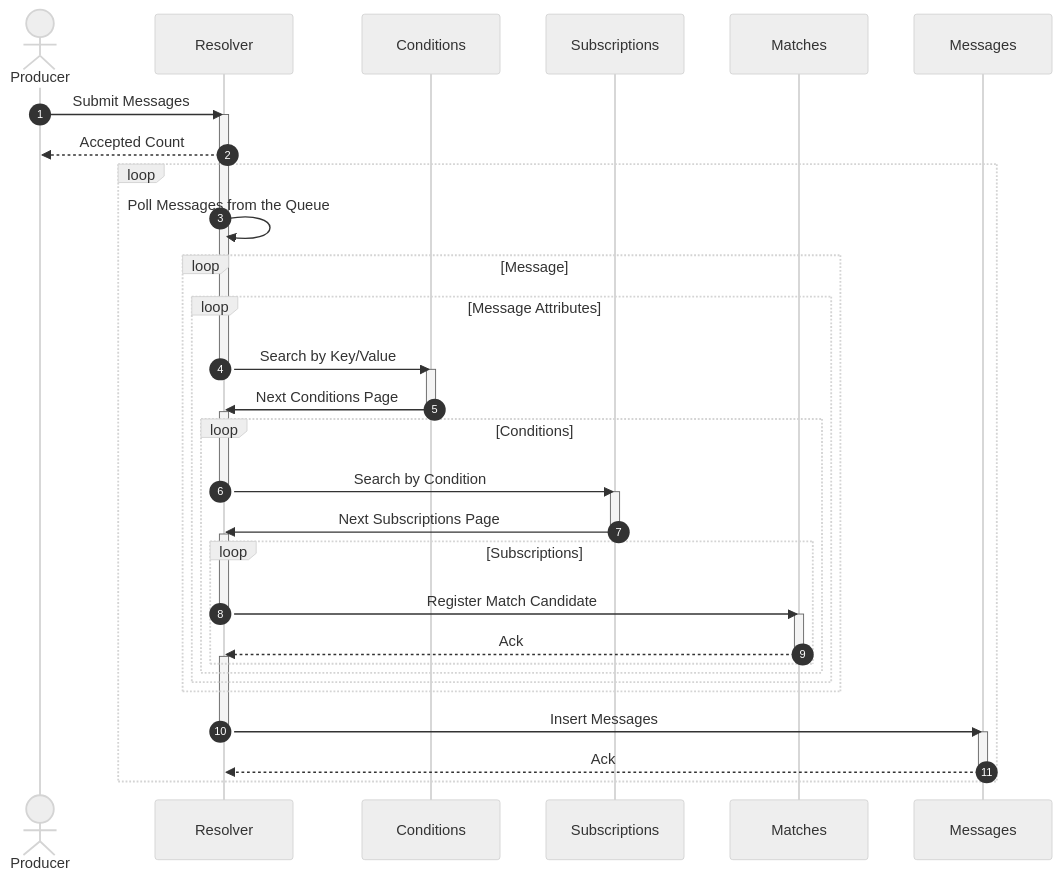
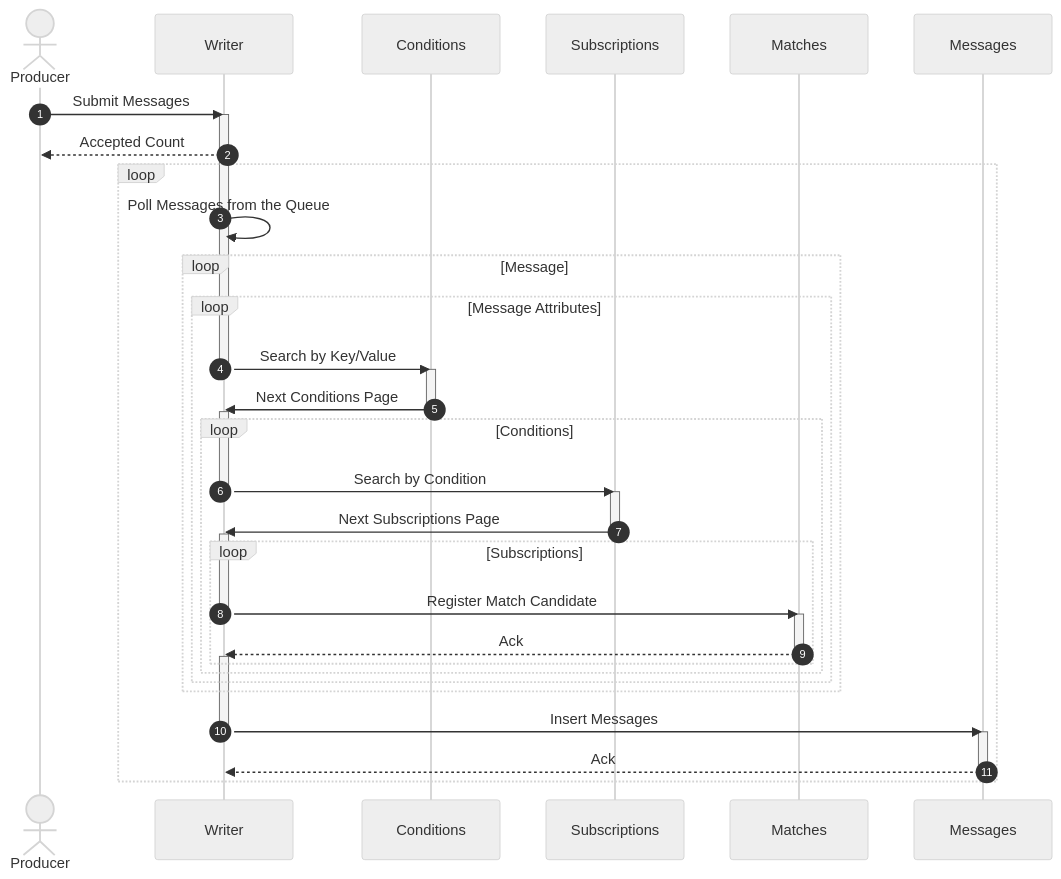
One commit to awakari/.github changed the first of 2 diagrams in profile/README.md. Above: the diagram before and after it, drawn with Mermaid. The commit also changed other lines of this file, not shown here.

````diff
--- a/profile/README.md
+++ b/profile/README.md
@@ -121,69 +121,69 @@
 ```mermaid
 %%{init: {'theme': 'neutral' } }%%
 sequenceDiagram
 
     autonumber
 
     actor Producer
-    participant Resolver
+    participant Writer
     participant Conditions
     participant Subscriptions
     participant Matches
     participant Messages
 
-    Producer->>Resolver: Submit Messages
+    Producer->>Writer: Submit Messages
     
-    activate Resolver
-    Resolver-->>Producer: Accepted Count
+    activate Writer
+    Writer-->>Producer: Accepted Count
     
     loop
     
-        Resolver->>Resolver: Poll Messages from the Queue
+        Writer->>Writer: Poll Messages from the Queue
         loop Message
         
             loop Message Attributes
             
-                Resolver->>Conditions: Search by Key/Value
-                deactivate Resolver
+                Writer->>Conditions: Search by Key/Value
+                deactivate Writer
                 
                 activate Conditions
-                Conditions->>Resolver: Next Conditions Page
+                Conditions->>Writer: Next Conditions Page
                 deactivate Conditions
                 
-                activate Resolver
+                activate Writer
                 loop Conditions
                     
-                    Resolver->>Subscriptions: Search by Condition
-                    deactivate Resolver
+                    Writer->>Subscriptions: Search by Condition
+                    deactivate Writer
                     
                     activate Subscriptions
-                    Subscriptions->>Resolver: Next Subscriptions Page
+                    Subscriptions->>Writer: Next Subscriptions Page
                     deactivate Subscriptions
                     
-                    activate Resolver
+                    activate Writer
                     loop Subscriptions
                         
-                        Resolver->>Matches: Register Match Candidate
-                        deactivate Resolver
+                        Writer->>Matches: Register Match Candidate
+                        deactivate Writer
                         
                         activate Matches
-                        Matches-->>Resolver: Ack
+                        Matches-->>Writer: Ack
                         deactivate Matches
                         
-                        activate Resolver
+                        activate Writer
                         
                     end
                 end
             end
         end
         
-        Resolver->>Messages: Insert Messages
-        deactivate Resolver
+        Writer->>Messages: Insert Messages
+        deactivate Writer
         
         activate Messages
-        Messages-->>Resolver: Ack
+        Messages-->>Writer: Ack
         deactivate Messages
         
-        activate Resolver
+        activate Writer
     end
 ```
````
